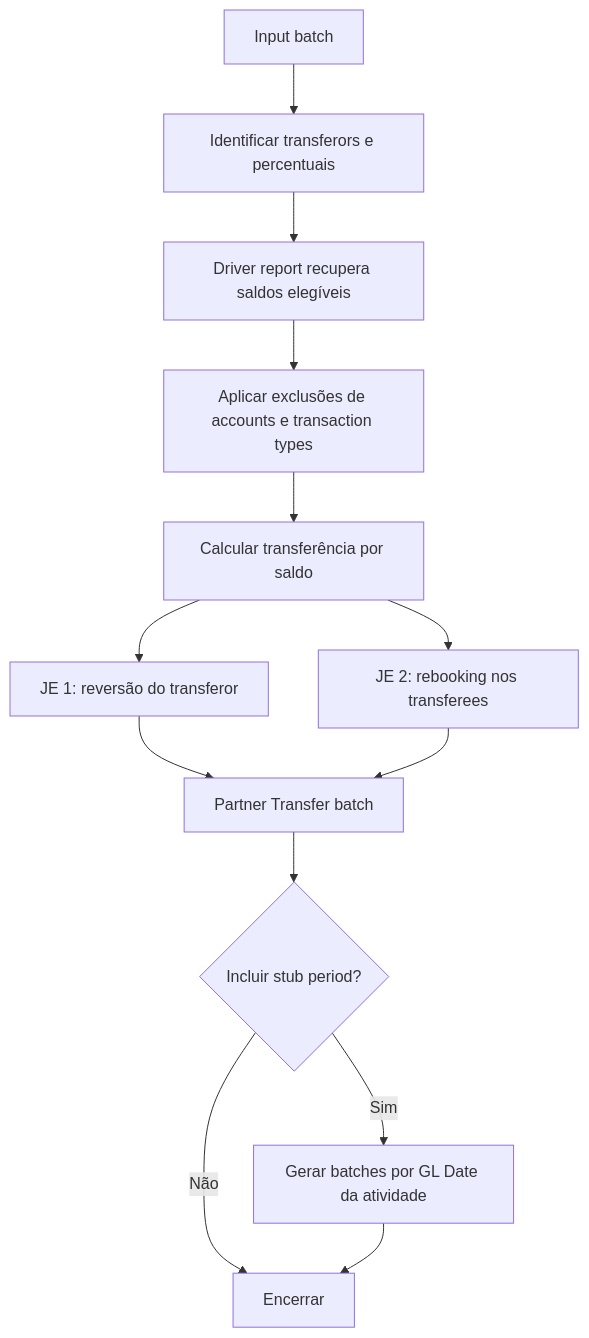
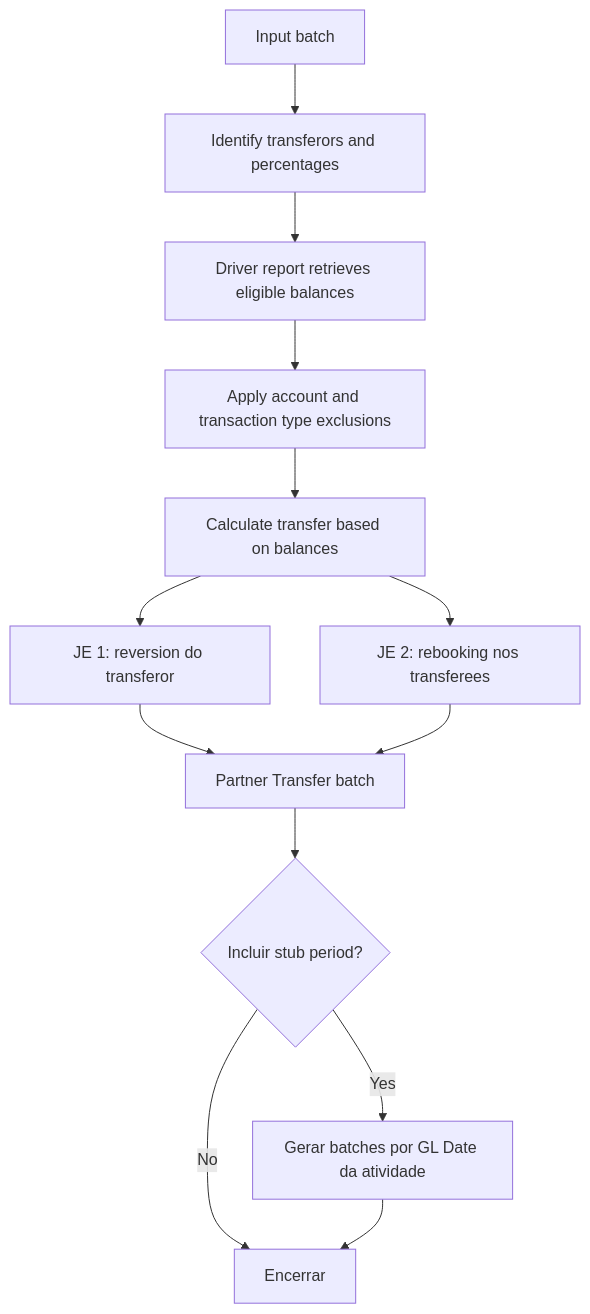
The diagram in docs/business-events/partner-transfer.md (msekimoto/investran), drawn with Mermaid before and after one commit. The commit also changed other lines of this file and 105 other files, not shown here.

````diff
--- a/docs/business-events/partner-transfer.md
+++ b/docs/business-events/partner-transfer.md
@@ -75,15 +75,15 @@
 ```mermaid
 flowchart TD
-    A[Input batch] --> B[Identificar transferors e percentuais]
-    B --> C[Driver report recupera saldos elegíveis]
-    C --> D[Aplicar exclusões de accounts e transaction types]
-    D --> E[Calcular transferência por saldo]
-    E --> F[JE 1: reversão do transferor]
+    A[Input batch] --> B[Identify transferors and percentages]
+    B --> C[Driver report retrieves eligible balances]
+    C --> D[Apply account and transaction type exclusions]
+    D --> E[Calculate transfer based on balances]
+    E --> F[JE 1: reversion do transferor]
     E --> G[JE 2: rebooking nos transferees]
     F --> H[Partner Transfer batch]
     G --> H
     H --> I{Incluir stub period?}
-    I -->|Sim| J[Gerar batches por GL Date da atividade]
-    I -->|Não| K[Encerrar]
+    I -->|Yes| J[Gerar batches por GL Date da atividade]
+    I -->|No| K[Encerrar]
     J --> K
 ```
````
